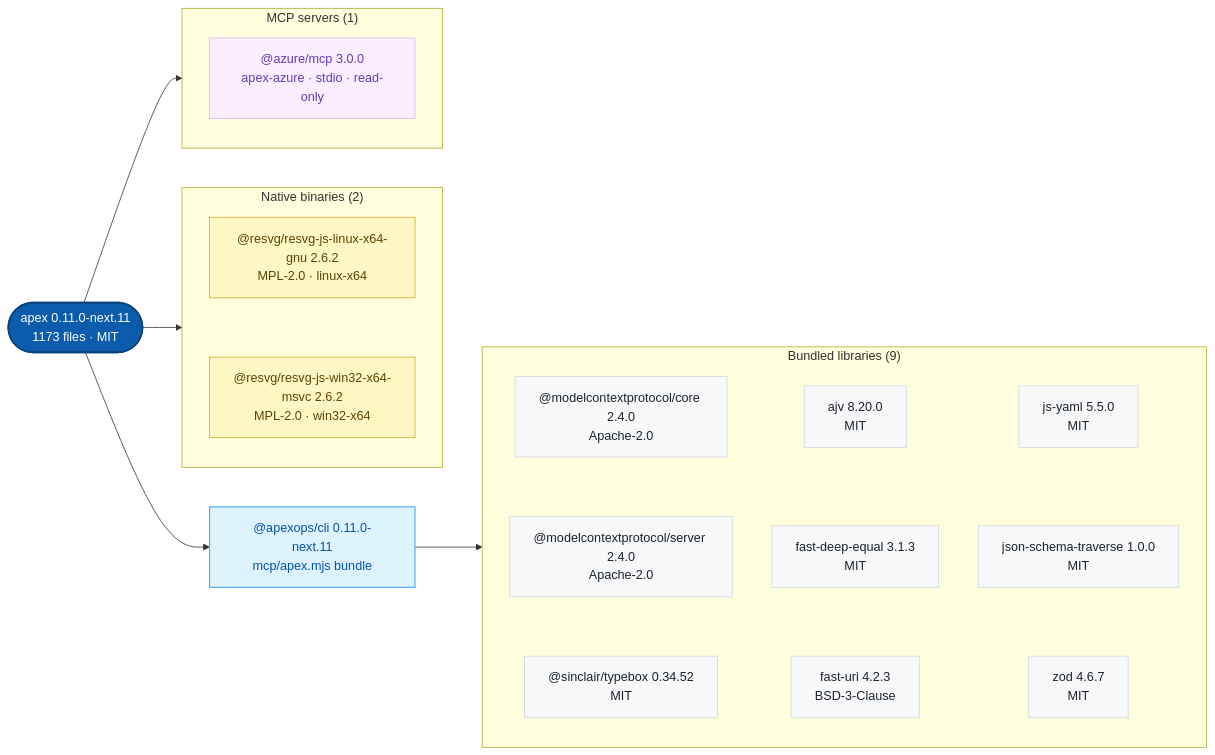
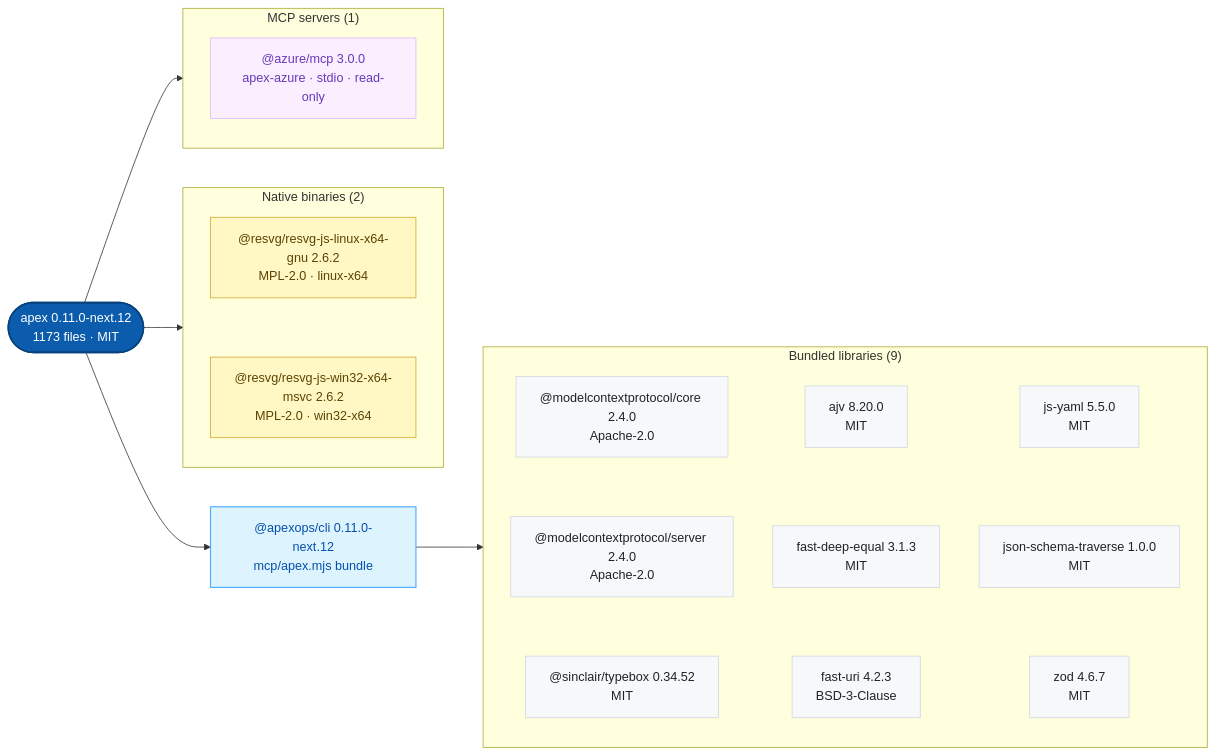
One commit to jonathan-vella/apex-plugins changed the second of 2 diagrams in README.md. Above: the diagram before and after it, drawn with Mermaid. The commit also changed other lines of this file and 15 other files, not shown here.

First line of the commit message:
chore(release): publish apex 0.11.0-next.12 (#16)

````diff
--- a/README.md
+++ b/README.md
@@ -43,41 +43,41 @@
 ```mermaid
 flowchart LR
-    n0(["apex 0.11.0-next.11<br/>1173 files · MIT"])
-    n1["@apexops/cli 0.11.0-next.11<br/>mcp/apex.mjs bundle"]
+    n0(["apex 0.11.0-next.12<br/>1173 files · MIT"])
+    n1["@apexops/cli 0.11.0-next.12<br/>mcp/apex.mjs bundle"]
     subgraph g0["Bundled libraries (9)"]
       n2["@modelcontextprotocol/core 2.4.0<br/>Apache-2.0"]
       n3["@modelcontextprotocol/server 2.4.0<br/>Apache-2.0"]
       n4["@sinclair/typebox 0.34.52<br/>MIT"]
       n5["ajv 8.20.0<br/>MIT"]
       n6["fast-deep-equal 3.1.3<br/>MIT"]
       n7["fast-uri 4.2.3<br/>BSD-3-Clause"]
       n8["js-yaml 5.5.0<br/>MIT"]
       n9["json-schema-traverse 1.0.0<br/>MIT"]
       n10["zod 4.6.7<br/>MIT"]
       n2 ~~~ n3 ~~~ n4
       n5 ~~~ n6 ~~~ n7
       n8 ~~~ n9 ~~~ n10
     end
     subgraph g1["Native binaries (2)"]
       n11["@resvg/resvg-js-linux-x64-gnu 2.6.2<br/>MPL-2.0 · linux-x64"]
       n12["@resvg/resvg-js-win32-x64-msvc 2.6.2<br/>MPL-2.0 · win32-x64"]
       n11 ~~~ n12
     end
     subgraph g2["MCP servers (1)"]
       n13["@azure/mcp 3.0.0<br/>apex-azure · stdio · read-only"]
     end
     n0 --> n1
     n1 --> g0
     n0 --> g1
     n0 --> g2
     classDef plugin fill:#0b5cad,color:#ffffff,stroke:#08427c,stroke-width:2px
     classDef cli fill:#ddf4ff,color:#0550ae,stroke:#54aeff,stroke-width:1.5px
     classDef lib fill:#f6f8fa,color:#1f2328,stroke:#d0d7de
     classDef native fill:#fff8c5,color:#5c4300,stroke:#d4a72c
     classDef service fill:#fbefff,color:#6639ba,stroke:#d8b9ff
     class n0 plugin
     class n1 cli
     class n2,n3,n4,n5,n6,n7,n8,n9,n10 lib
     class n11,n12 native
     class n13 service
 ```
````
